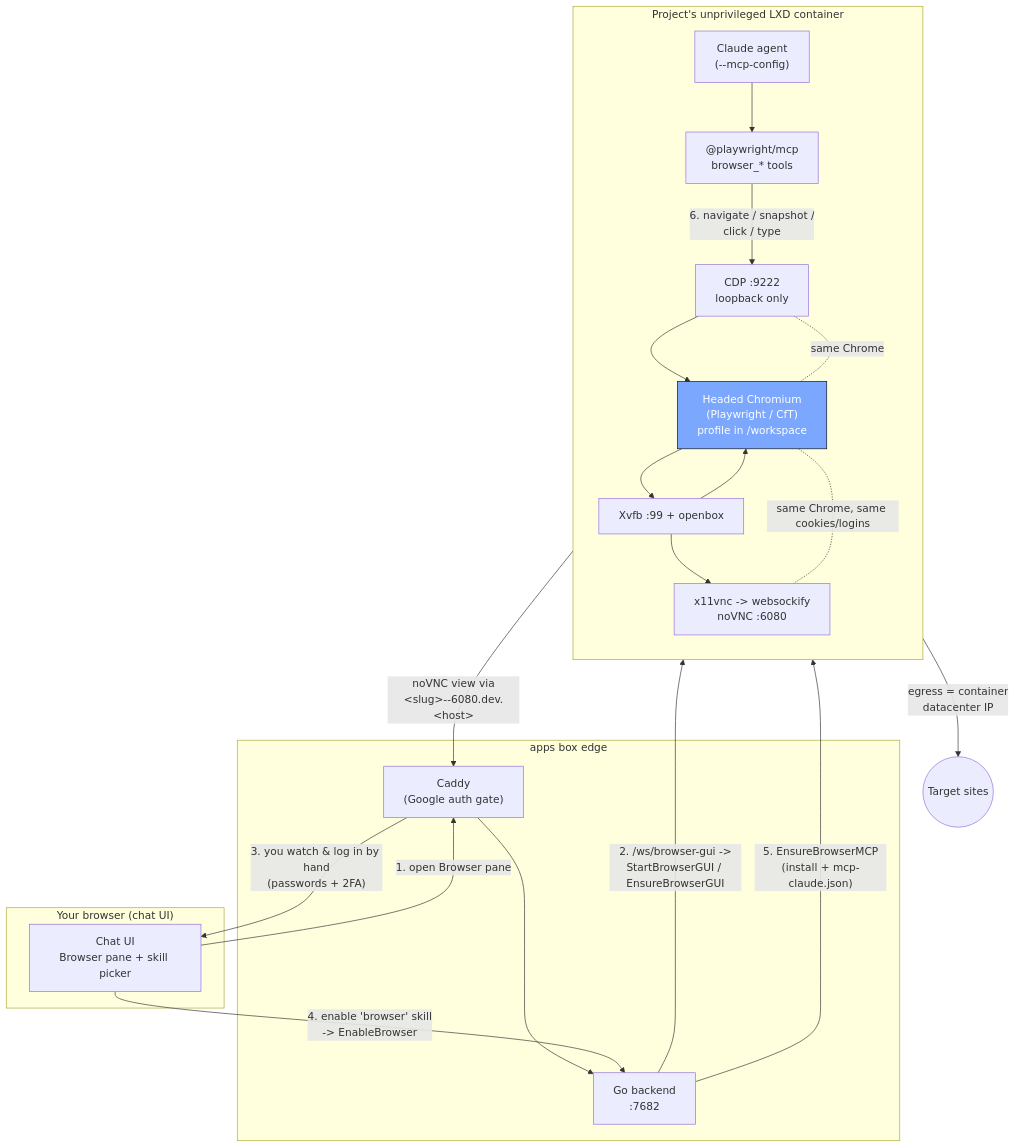
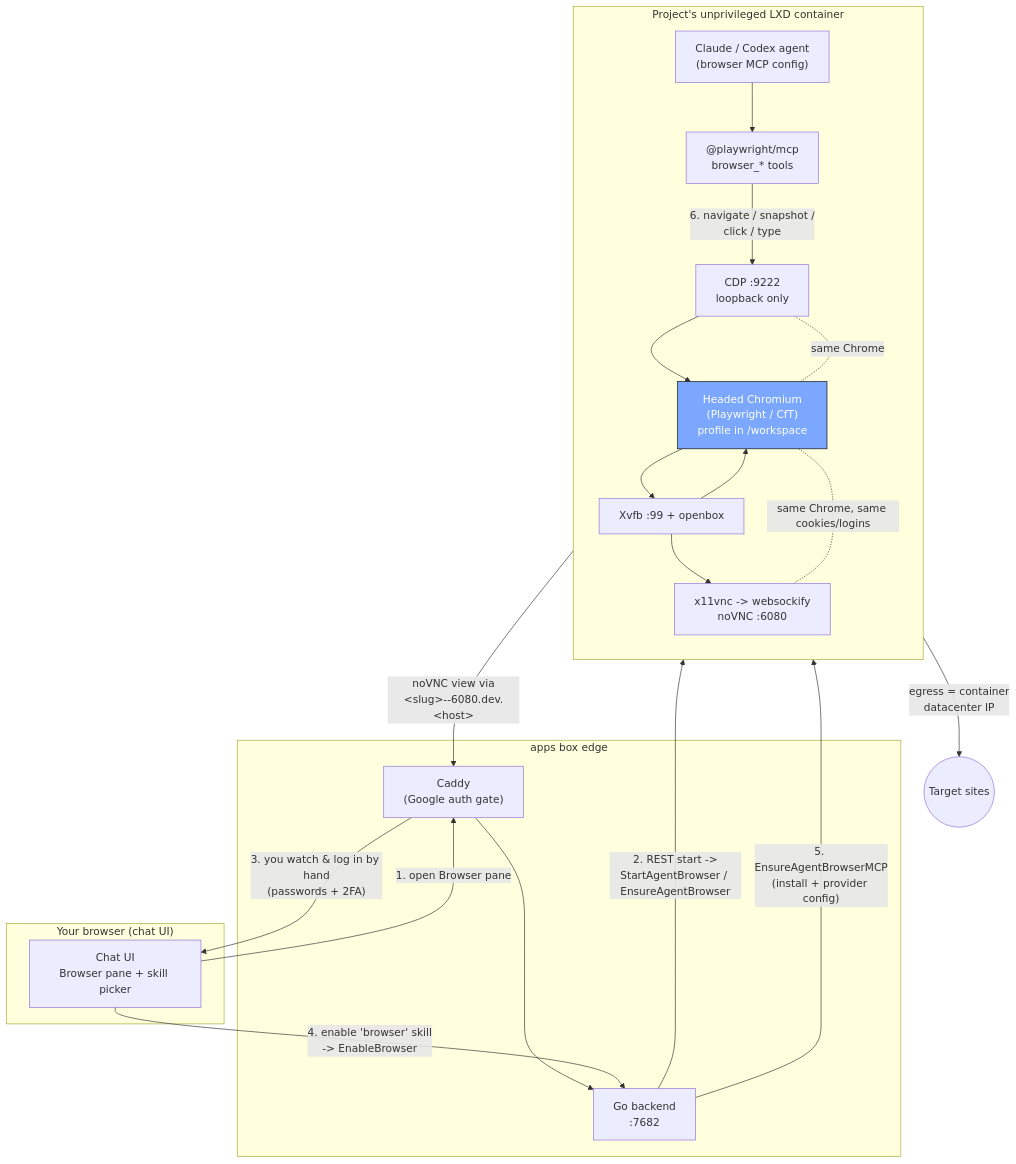
One commit to AbdallahMohamedDotnet/remote.futrx changed the diagram in docs/agent-browser.md. Above: the diagram before and after it, drawn with Mermaid. The commit also changed other lines of this file and 33 other files, not shown here.

Commit message:
Simplify agent browser backend

````diff
--- a/docs/agent-browser.md
+++ b/docs/agent-browser.md
@@ -13,48 +13,48 @@
 ```mermaid
 flowchart TB
     subgraph browser_box["Your browser (chat UI)"]
         UI["Chat UI<br/>Browser pane + skill picker"]
     end
 
     subgraph edge["apps box edge"]
         Caddy["Caddy<br/>(Google auth gate)"]
         Backend["Go backend<br/>:7682"]
     end
 
     subgraph container["Project's unprivileged LXD container"]
         direction TB
-        Agent["Claude agent<br/>(--mcp-config)"]
+        Agent["Claude / Codex agent<br/>(browser MCP config)"]
         MCP["@playwright/mcp<br/>browser_* tools"]
         Chrome["Headed Chromium<br/>(Playwright / CfT)<br/>profile in /workspace"]
         Xvfb["Xvfb :99 + openbox"]
         VNC["x11vnc -> websockify<br/>noVNC :6080"]
         CDP["CDP :9222<br/>loopback only"]
     end
 
     %% ---- USER SIDE (watch + log in) ----
     UI -- "1. open Browser pane" --> Caddy
     Caddy --> Backend
-    Backend -- "2. /ws/browser-gui -><br/>StartBrowserGUI / EnsureBrowserGUI" --> Xvfb
+    Backend -- "2. REST start -><br/>StartAgentBrowser / EnsureAgentBrowser" --> Xvfb
     Xvfb --> Chrome
     Chrome --> Xvfb
     Xvfb --> VNC
     VNC -- "noVNC view via<br/>&lt;slug&gt;--6080.dev.&lt;host&gt;" --> Caddy
     Caddy -- "3. you watch & log in by hand<br/>(passwords + 2FA)" --> UI
 
     %% ---- AGENT SIDE (drive) ----
     UI -- "4. enable 'browser' skill<br/>-> EnableBrowser" --> Backend
-    Backend -- "5. EnsureBrowserMCP<br/>(install + mcp-claude.json)" --> Agent
+    Backend -- "5. EnsureAgentBrowserMCP<br/>(install + provider config)" --> Agent
     Agent --> MCP
     MCP -- "6. navigate / snapshot /<br/>click / type" --> CDP
     CDP --> Chrome
 
     %% ---- SHARED SESSION ----
     Chrome -. "same Chrome, same cookies/logins" .- VNC
     Chrome -. "same Chrome" .- CDP
 
     %% egress
     Chrome -- "egress = container<br/>datacenter IP" --> Internet(("Target sites"))
 
     classDef shared fill:#7ba7ff,stroke:#0b0d11,color:#fff;
     class Chrome shared;
 ```
````
